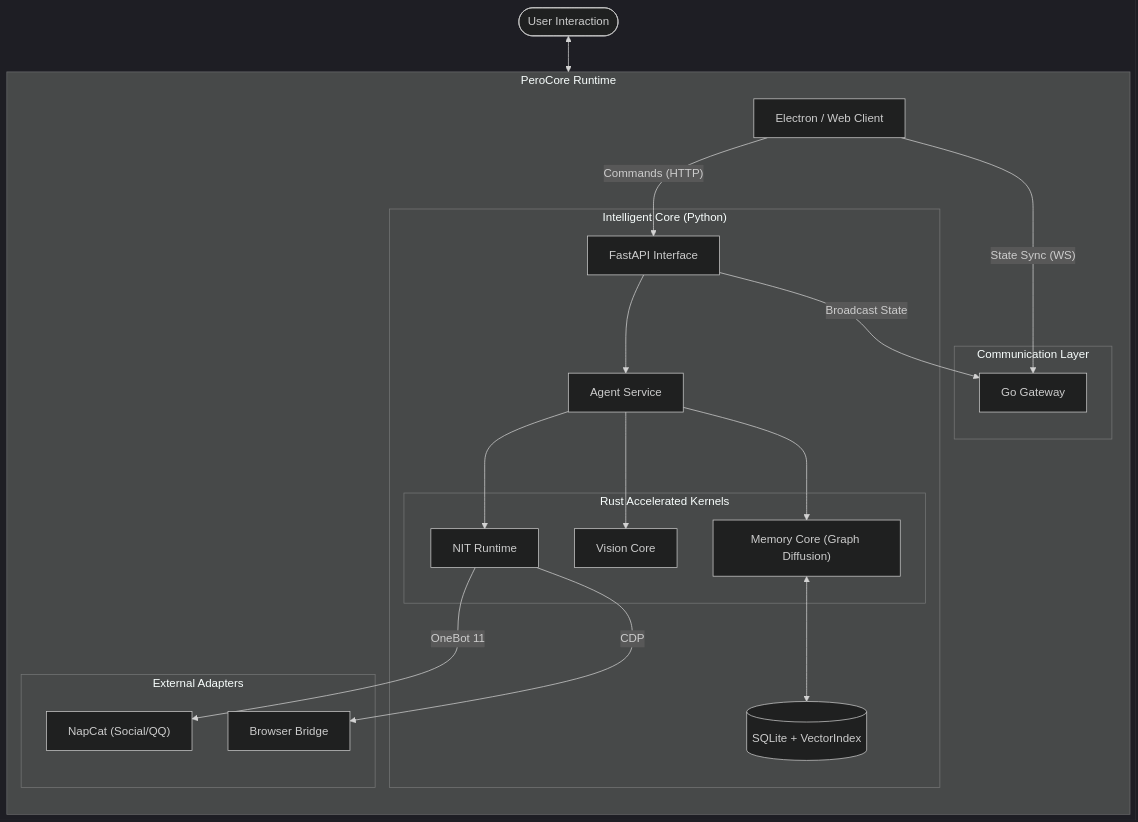
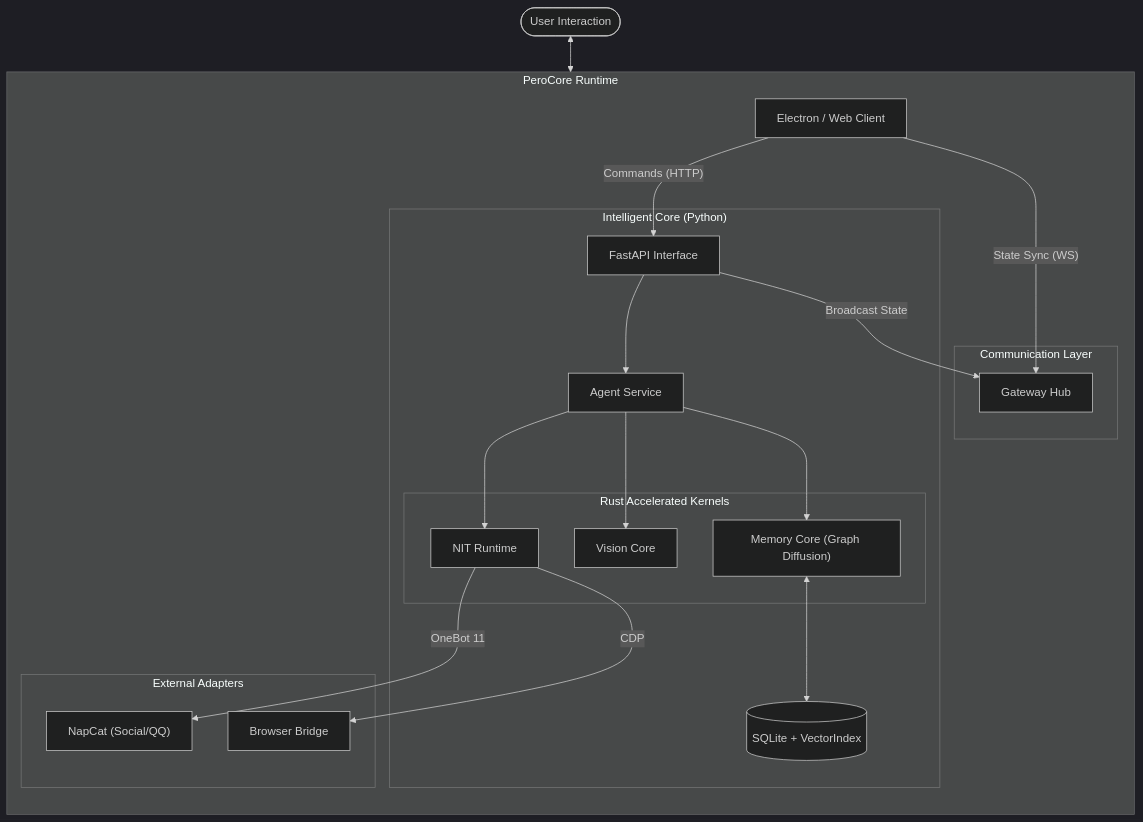
Before and after one commit to Youzini-afk/shore-memory: the diagram in README.md, drawn with Mermaid (dark theme). The commit also changed other lines of this file and 75 other files, not shown here.

````diff
--- a/README.md
+++ b/README.md
@@ -224,44 +224,44 @@
 ```mermaid
 flowchart TD
     User([User Interaction]) <--> Client["Electron / Web Client"]
 
     subgraph "PeroCore Runtime"
         direction TB
 
         subgraph "Communication Layer"
-            Gateway[Go Gateway]
+            Gateway[Gateway Hub]
         end
 
         subgraph "Intelligent Core (Python)"
             API[FastAPI Interface]
             Agent[Agent Service]
 
             subgraph "Rust Accelerated Kernels"
                 GraphDiffusion["Memory Core (Graph Diffusion)"]
                 Vision[Vision Core]
                 NIT[NIT Runtime]
             end
 
             API --> Agent
             Agent --> GraphDiffusion
             Agent --> Vision
             Agent --> NIT
 
             GraphDiffusion <--> DB[("SQLite + VectorIndex")]
         end
 
         subgraph "External Adapters"
             NapCat["NapCat (Social/QQ)"]
             Browser[Browser Bridge]
         end
 
         %% Connections
         Client -- "State Sync (WS)" --> Gateway
         Client -- "Commands (HTTP)" --> API
 
         API -- "Broadcast State" --> Gateway
 
         NIT -- "OneBot 11" --> NapCat
         NIT -- "CDP" --> Browser
     end
 ```
````
